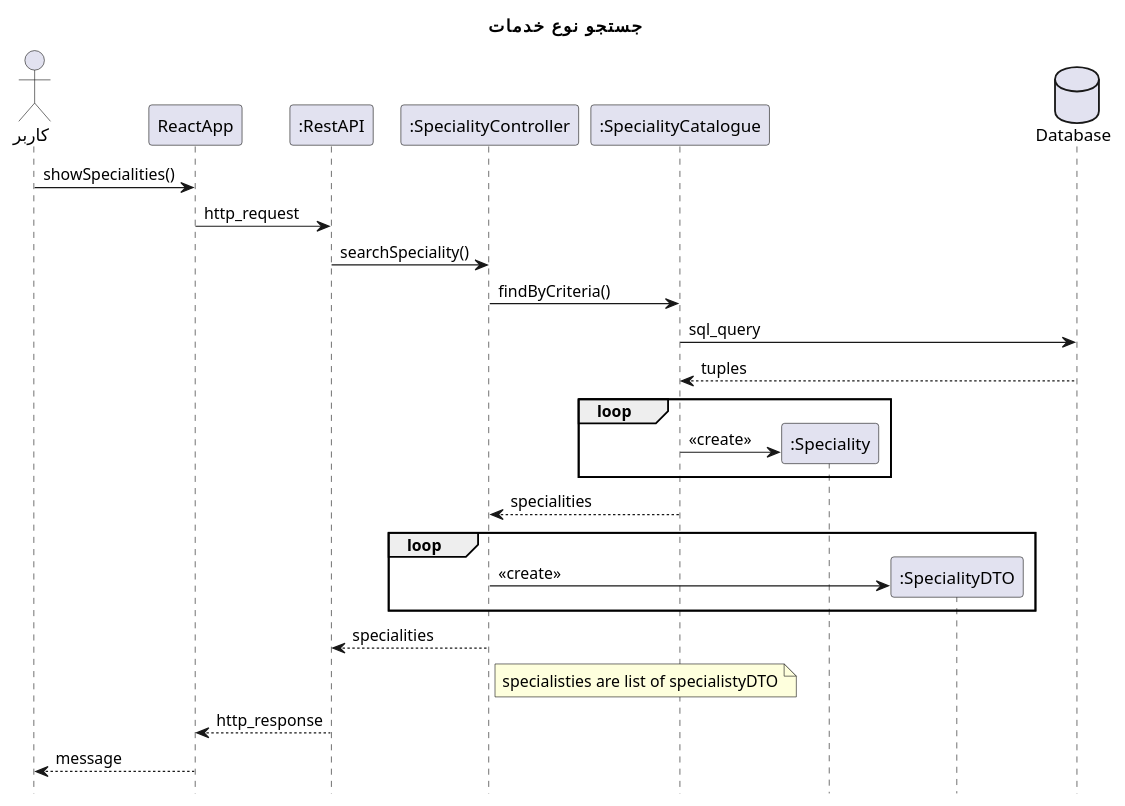
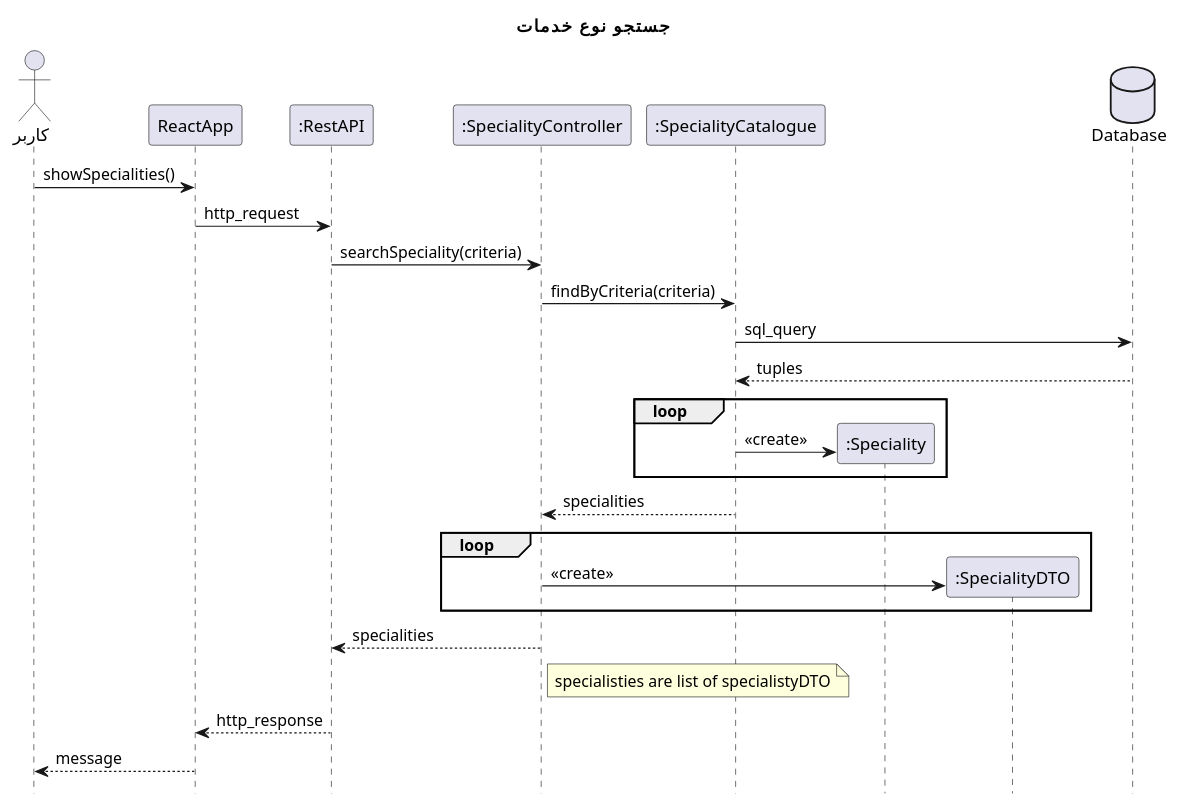
Before and after one commit to Khedmatkar-OOD-spring-2022/Model-and-Documents: the diagram in design sequence diagams/searchSpeciality.plantuml, drawn with PlantUML. The commit also changed 26 other files, not shown here.

```diff
--- a/design sequence diagams/searchSpeciality.plantuml
+++ b/design sequence diagams/searchSpeciality.plantuml
@@ -1,34 +1,34 @@
 @startuml logout
 
 hide footbox
 title "جستجو نوع خدمات"
 actor       "کاربر" as user
 participant ReactApp
 participant ":RestAPI" as RestAPI
 participant ":SpecialityController" as SpecialityController
 participant ":SpecialityCatalogue" as SpecialityCatalogue
 participant ":Speciality" as Speciality
 participant ":SpecialityDTO" as SpecialityDTO
 database Database
 
 user -> ReactApp: showSpecialities()
 ReactApp -> RestAPI : http_request
-RestAPI -> SpecialityController : searchSpeciality()
-SpecialityController -> SpecialityCatalogue : findByCriteria()
+RestAPI -> SpecialityController : searchSpeciality(criteria)
+SpecialityController -> SpecialityCatalogue : findByCriteria(criteria)
 SpecialityCatalogue -> Database: sql_query
 return tuples
 loop
     SpecialityCatalogue -> Speciality **: <<create>>
 end
 SpecialityCatalogue --> SpecialityController :specialities
 loop
     SpecialityController -> SpecialityDTO **: <<create>>
 end
 SpecialityController --> RestAPI: specialities
 note right of SpecialityController
     specialisties are list of specialistyDTO
 end note
 RestAPI --> ReactApp : http_response
 ReactApp --> user: message
 
 @enduml
```
